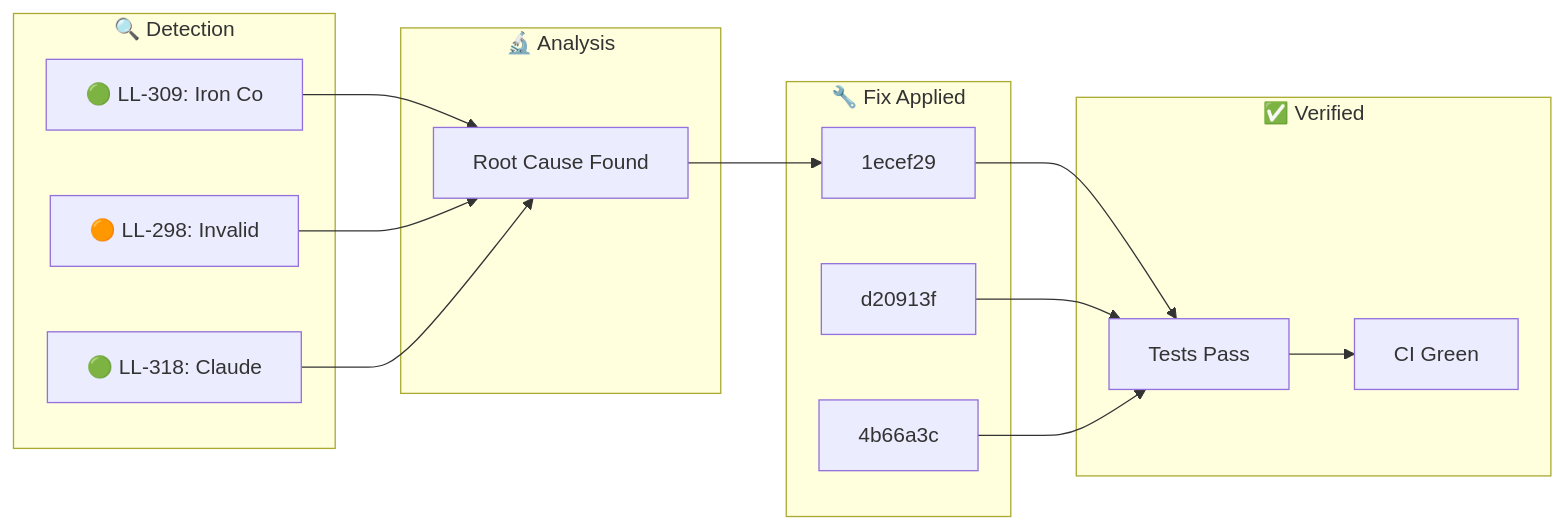
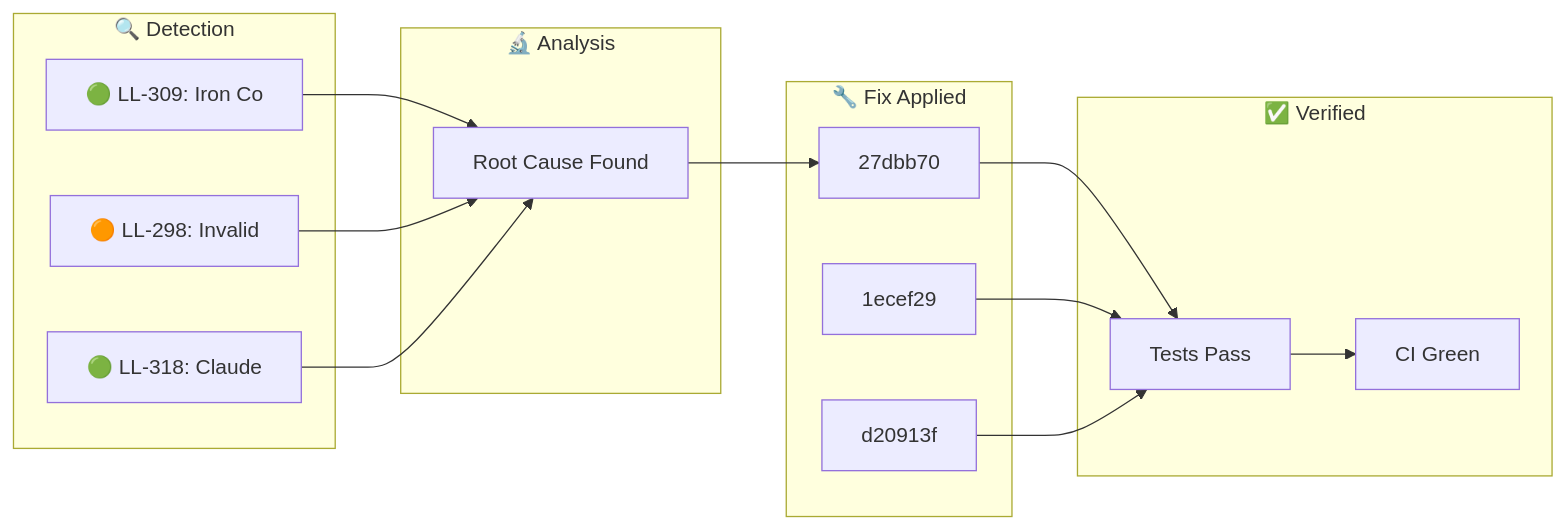
Before and after one commit to YoByron/trading: the diagram in docs/_posts/2026-01-31-ralph-discovery.md, drawn with Mermaid. The commit also changed other lines of this file, not shown here.

Commit message:
docs(ralph): Auto-publish discovery blog post

````diff
--- a/docs/_posts/2026-01-31-ralph-discovery.md
+++ b/docs/_posts/2026-01-31-ralph-discovery.md
@@ -17,28 +17,28 @@
 ```mermaid
 flowchart LR
     subgraph Detection["🔍 Detection"]
         D1["🟢 LL-309: Iron Co"]
         D2["🟠 LL-298: Invalid"]
         D3["🟢 LL-318: Claude "]
     end
     subgraph Analysis["🔬 Analysis"]
         A1["Root Cause Found"]
     end
     subgraph Fix["🔧 Fix Applied"]
-        F1["1ecef29"]
-        F2["d20913f"]
-        F3["4b66a3c"]
+        F1["27dbb70"]
+        F2["1ecef29"]
+        F3["d20913f"]
     end
     subgraph Verify["✅ Verified"]
         V1["Tests Pass"]
         V2["CI Green"]
     end
     D1 --> A1
     D2 --> A1
     D3 --> A1
     A1 --> F1
     F1 --> V1
     F2 --> V1
     F3 --> V1
     V1 --> V2
 ```
````
